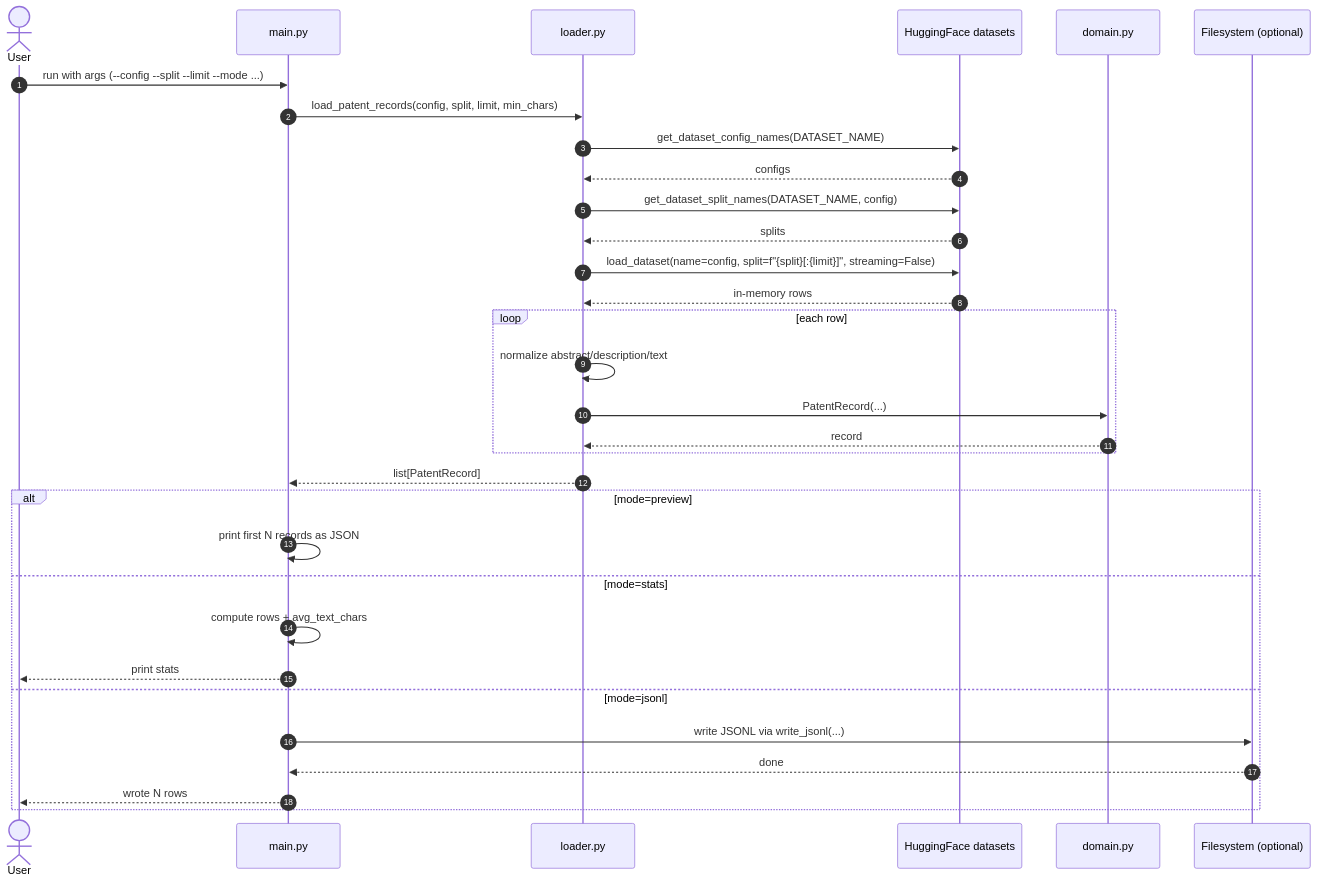
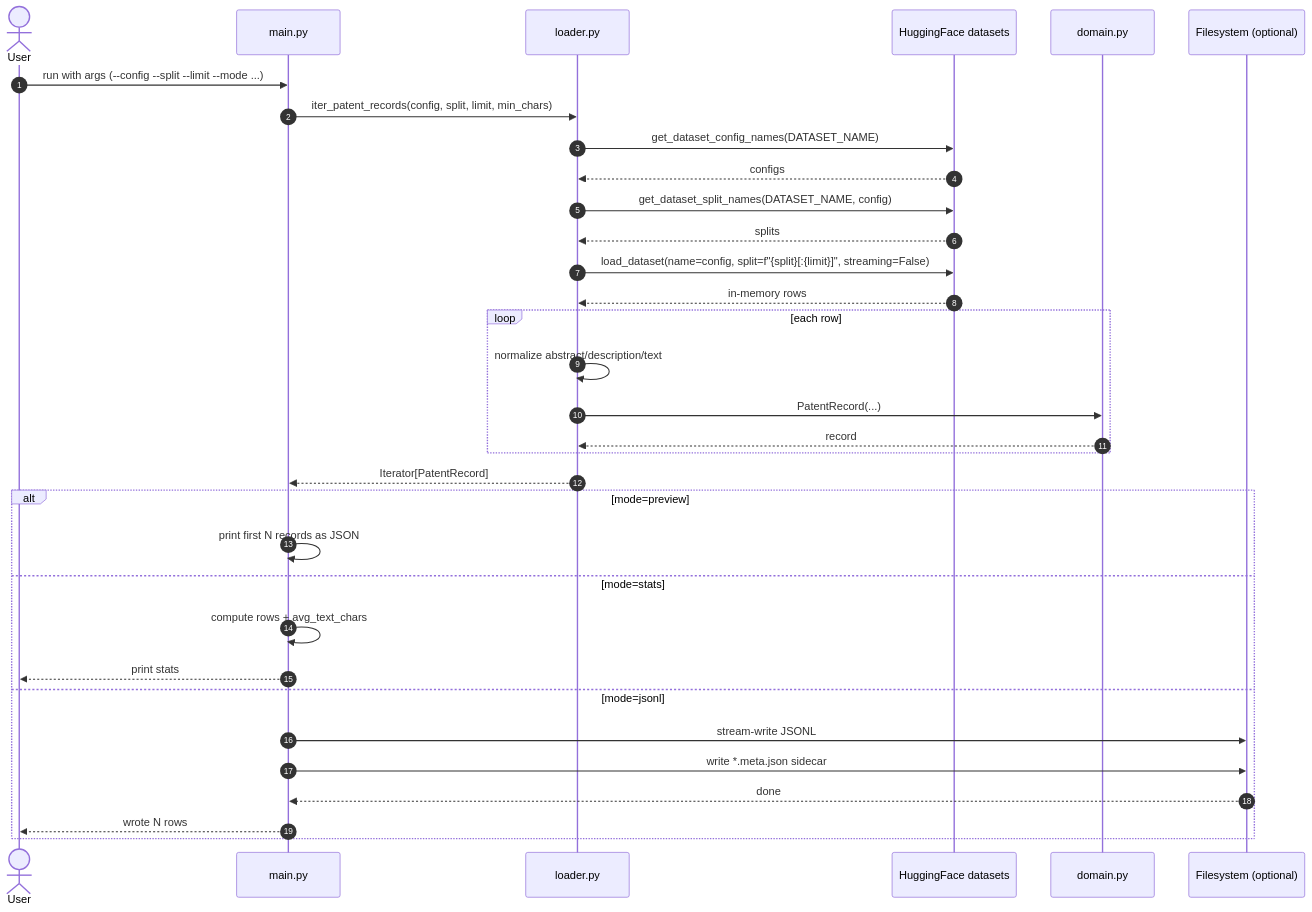
The diagram in src/06-big-patent-app/README.md (yao-creative/ai-playground), drawn with Mermaid before and after one commit. The commit also changed other lines of this file and 4 other files, not shown here.

Commit message:
Refactor BIGPATENT loader to iterator-first MVP flow

````diff
--- a/src/06-big-patent-app/README.md
+++ b/src/06-big-patent-app/README.md
@@ -19,39 +22,40 @@
 ```mermaid
 sequenceDiagram
     autonumber
     actor User
     participant CLI as main.py
     participant Loader as loader.py
     participant HF as HuggingFace datasets
     participant Domain as domain.py
     participant FS as Filesystem (optional)
 
     User->>CLI: run with args (--config --split --limit --mode ...)
-    CLI->>Loader: load_patent_records(config, split, limit, min_chars)
+    CLI->>Loader: iter_patent_records(config, split, limit, min_chars)
 
     Loader->>HF: get_dataset_config_names(DATASET_NAME)
     HF-->>Loader: configs
     Loader->>HF: get_dataset_split_names(DATASET_NAME, config)
     HF-->>Loader: splits
     Loader->>HF: load_dataset(name=config, split=f"{split}[:{limit}]", streaming=False)
     HF-->>Loader: in-memory rows
 
     loop each row
         Loader->>Loader: normalize abstract/description/text
         Loader->>Domain: PatentRecord(...)
         Domain-->>Loader: record
     end
 
-    Loader-->>CLI: list[PatentRecord]
+    Loader-->>CLI: Iterator[PatentRecord]
 
     alt mode=preview
         CLI->>CLI: print first N records as JSON
     else mode=stats
         CLI->>CLI: compute rows + avg_text_chars
         CLI-->>User: print stats
     else mode=jsonl
-        CLI->>FS: write JSONL via write_jsonl(...)
+        CLI->>FS: stream-write JSONL
+        CLI->>FS: write *.meta.json sidecar
         FS-->>CLI: done
         CLI-->>User: wrote N rows
     end
 ```
````
